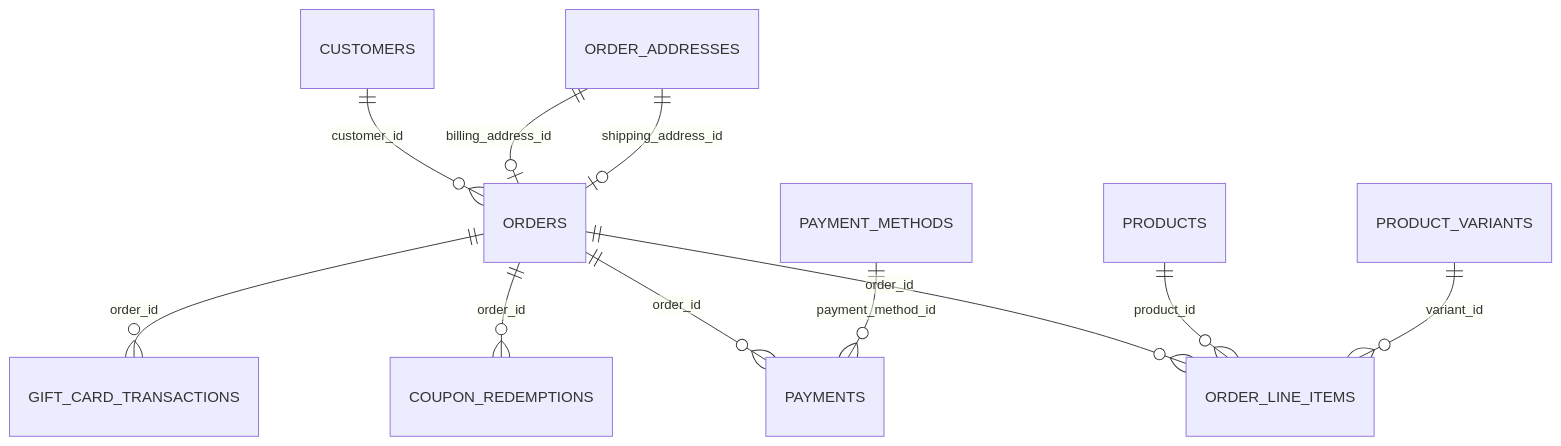
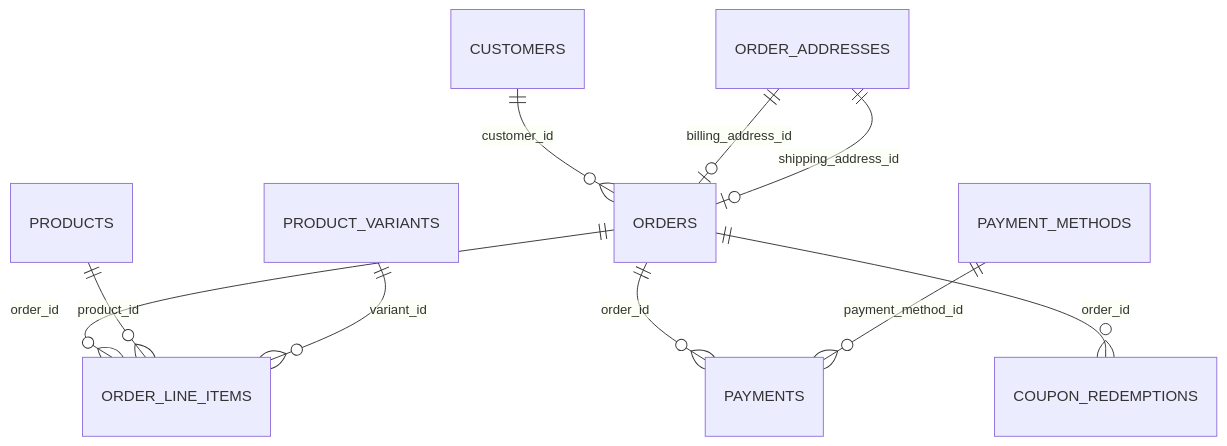
One commit to haresh-contactapex/smb-next-js changed the diagram in docs/orders/orders-database-schema.md. Above: the diagram before and after it, drawn with Mermaid. The commit also changed other lines of this file and 12 other files, not shown here.

````diff
--- a/docs/orders/orders-database-schema.md
+++ b/docs/orders/orders-database-schema.md
@@ -19,13 +26,12 @@
 ```mermaid
 erDiagram
     CUSTOMERS ||--o{ ORDERS : "customer_id"
     ORDER_ADDRESSES ||--o| ORDERS : "billing_address_id"
     ORDER_ADDRESSES ||--o| ORDERS : "shipping_address_id"
     ORDERS ||--o{ ORDER_LINE_ITEMS : "order_id"
     PRODUCTS ||--o{ ORDER_LINE_ITEMS : "product_id"
     PRODUCT_VARIANTS ||--o{ ORDER_LINE_ITEMS : "variant_id"
     ORDERS ||--o{ PAYMENTS : "order_id"
     PAYMENT_METHODS ||--o{ PAYMENTS : "payment_method_id"
     ORDERS ||--o{ COUPON_REDEMPTIONS : "order_id"
-    ORDERS ||--o{ GIFT_CARD_TRANSACTIONS : "order_id"
 ```
````
